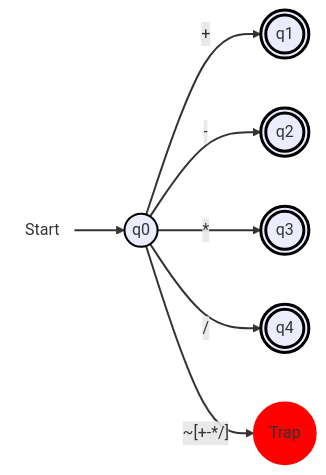
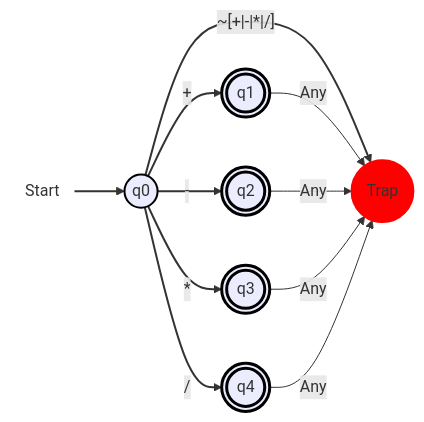
Before and after one commit to CS-Tiny-Compiler/a-tiny-compiler: the fifth of 9 diagrams in docs/DFA.md, drawn with Mermaid. The commit also changed other lines of this file and 1 other file, not shown here.

````diff
--- a/docs/DFA.md
+++ b/docs/DFA.md
@@ -186,17 +185,22 @@
 ```mermaid
 flowchart LR
   start(((Start))):::startNode --> q0(("q0")):::normal
   q0 --> |#43;| q1((("q1"))):::finalState
   q0 --> |#45;| q2((("q2"))):::finalState
   q0 --> |#42;| q3((("q3"))):::finalState
   q0 --> |#47;| q4((("q4"))):::finalState
-  q0 --> |"~[#43;#45;#42;#47;]"| trap((("Trap"))):::trap
+  q0 --> |"~[#43;|#45;|#42;|#47;]"| trap((("Trap"))):::trap
+
+  q1 --> |"Any"| trap((("Trap"))):::trap
+  q2 --> |"Any"| trap((("Trap"))):::trap
+  q3 --> |"Any"| trap((("Trap"))):::trap
+  q4 --> |"Any"| trap((("Trap"))):::trap
 
   classDef startNode fill:none,stroke:none;
   classDef normal stroke:#000,stroke-width:2px;
   classDef finalState stroke:#000,stroke-width:3px;
   classDef trap fill:#f00,stroke:#f00,stroke-width:2px;
 
   linkStyle 0 stroke-width:2px;
   linkStyle 1,2,3,4,5 stroke:#333,stroke-width:2px,fill:none;
 ```
````
